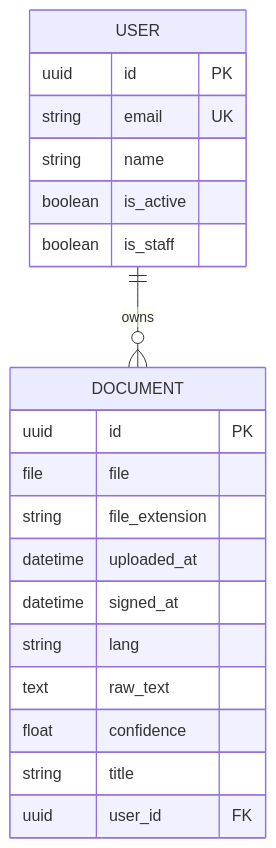
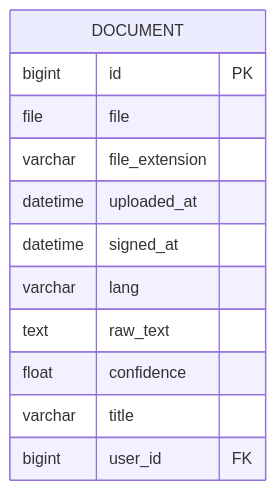
Before and after one commit to HamzaHindo/veritasshield: the third of 7 diagrams in backend/.qoder/repowiki/en/content/Document Management/Document Management.md, drawn with Mermaid. The commit also changed other lines of this file and 49 other files, not shown here.

````diff
--- a/backend/.qoder/repowiki/en/content/Document Management/Document Management.md
+++ b/backend/.qoder/repowiki/en/content/Document Management/Document Management.md
@@ -321,23 +147,15 @@
 ```mermaid
 erDiagram
-USER {
-uuid id PK
-string email UK
-string name
-boolean is_active
-boolean is_staff
-}
 DOCUMENT {
-uuid id PK
+bigint id PK
 file file
-string file_extension
+varchar file_extension
 datetime uploaded_at
 datetime signed_at
-string lang
+varchar lang
 text raw_text
 float confidence
-string title
-uuid user_id FK
+varchar title
+bigint user_id FK
 }
-USER ||--o{ DOCUMENT : "owns"
 ```
````
